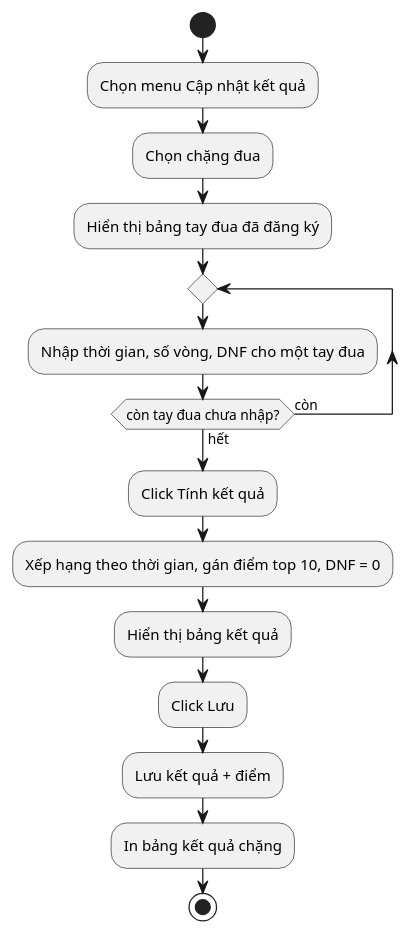
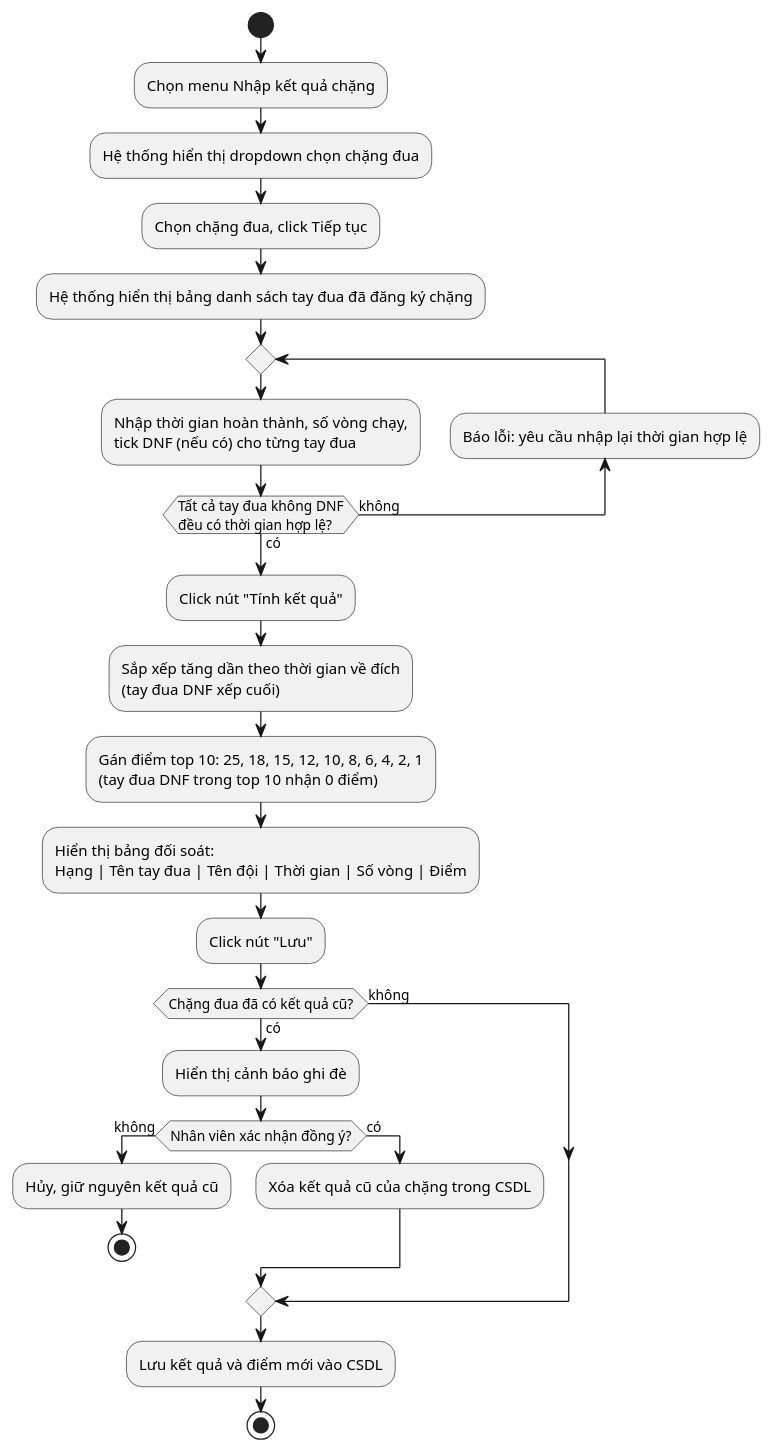
Before and after one commit to 7gho/CNPM-He2026: the second of 5 diagrams in Module 3 - Kiet/noi-dung.md, drawn with PlantUML. The commit also changed other lines of this file, not shown here.

````diff
--- a/Module 3 - Kiet/noi-dung.md
+++ b/Module 3 - Kiet/noi-dung.md
@@ -58,18 +61,34 @@
 ```plantuml
 @startuml
 start
-:Chọn menu Cập nhật kết quả;
-:Chọn chặng đua;
-:Hiển thị bảng tay đua đã đăng ký;
+:Chọn menu Nhập kết quả chặng;
+:Hệ thống hiển thị dropdown chọn chặng đua;
+:Chọn chặng đua, click Tiếp tục;
+:Hệ thống hiển thị bảng danh sách tay đua đã đăng ký chặng;
+
 repeat
-  :Nhập thời gian, số vòng, DNF cho một tay đua;
-repeat while (còn tay đua chưa nhập?) is (còn) not (hết)
-:Click Tính kết quả;
-:Xếp hạng theo thời gian, gán điểm top 10, DNF = 0;
-:Hiển thị bảng kết quả;
-:Click Lưu;
-:Lưu kết quả + điểm;
-:In bảng kết quả chặng;
+  :Nhập thời gian hoàn thành, số vòng chạy,\ntick DNF (nếu có) cho từng tay đua;
+backward:Báo lỗi: yêu cầu nhập lại thời gian hợp lệ;
+repeat while (Tất cả tay đua không DNF\nđều có thời gian hợp lệ?) is (không) not (có)
+
+:Click nút "Tính kết quả";
+:Sắp xếp tăng dần theo thời gian về đích\n(tay đua DNF xếp cuối);
+:Gán điểm top 10: 25, 18, 15, 12, 10, 8, 6, 4, 2, 1\n(tay đua DNF trong top 10 nhận 0 điểm);
+:Hiển thị bảng đối soát:\nHạng | Tên tay đua | Tên đội | Thời gian | Số vòng | Điểm;
+:Click nút "Lưu";
+
+if (Chặng đua đã có kết quả cũ?) then (có)
+  :Hiển thị cảnh báo ghi đè;
+  if (Nhân viên xác nhận đồng ý?) then (không)
+    :Hủy, giữ nguyên kết quả cũ;
+    stop
+  else (có)
+    :Xóa kết quả cũ của chặng trong CSDL;
+  endif
+else (không)
+endif
+
+:Lưu kết quả và điểm mới vào CSDL;
 stop
 @enduml
 ```
````
